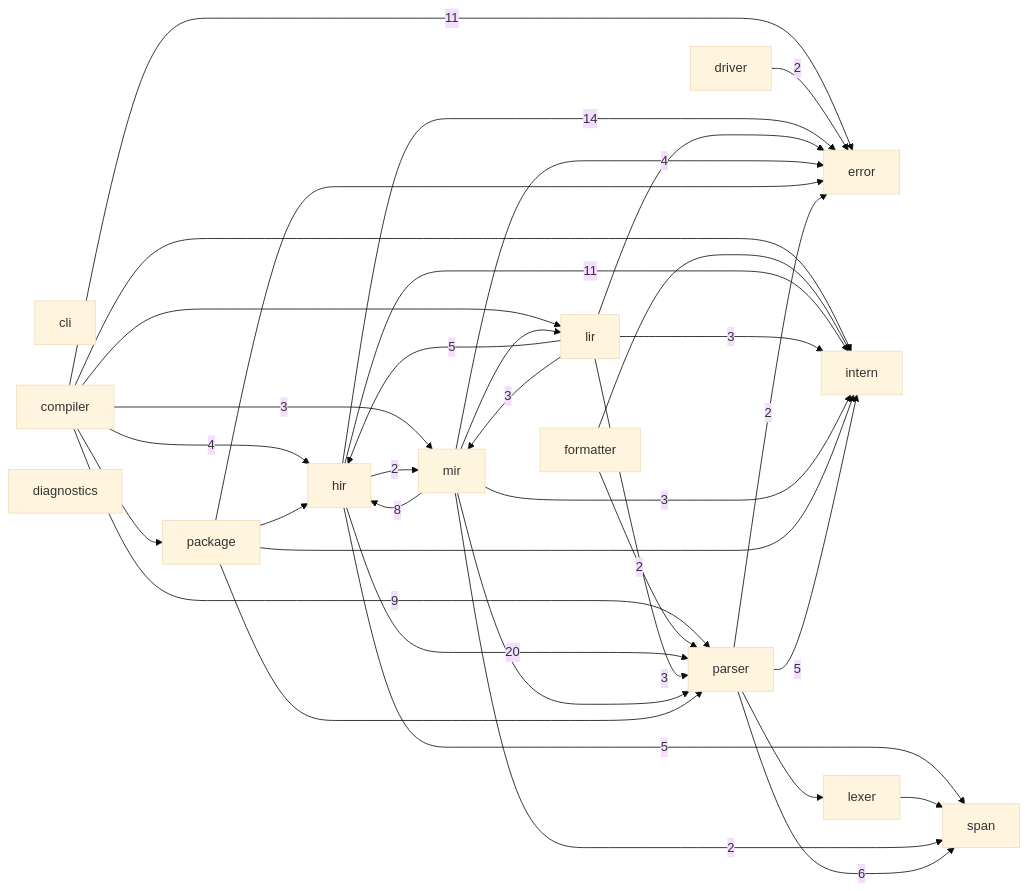
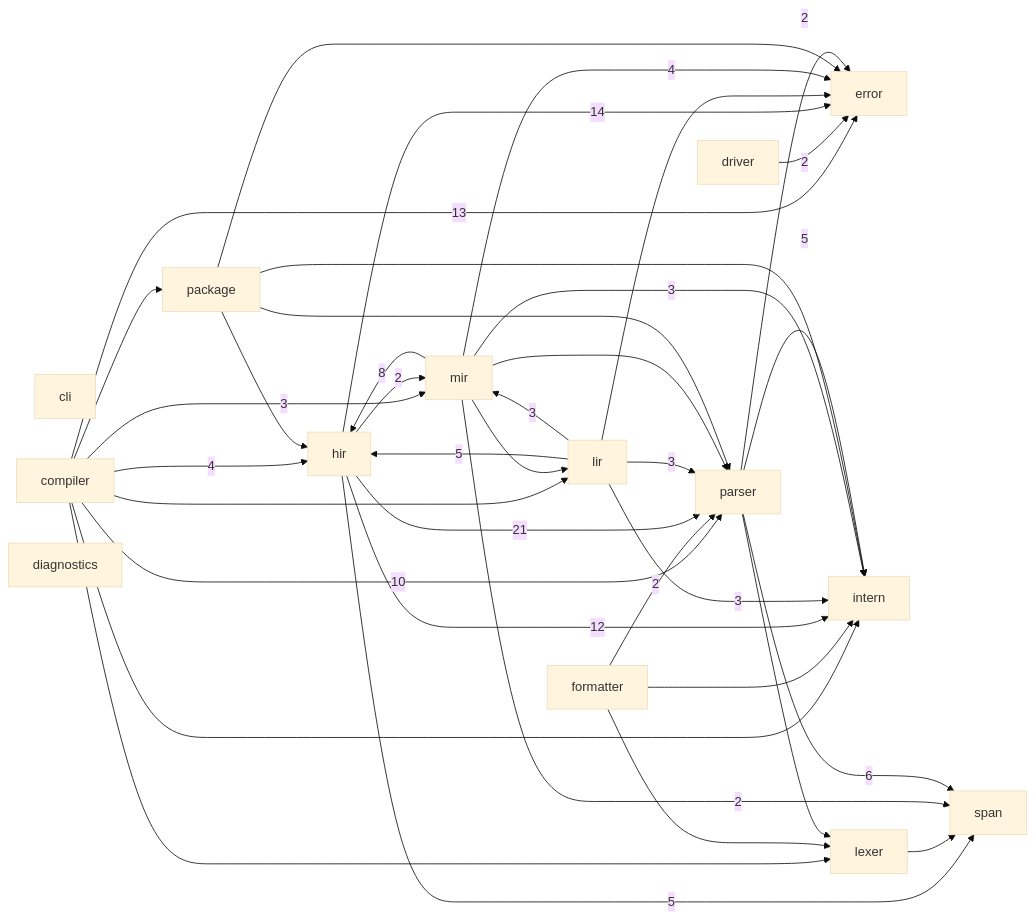
One commit to ayanami1ei/Ayanami-language changed the diagram in docs/module-graph.md. Above: the diagram before and after it, drawn with Mermaid (base theme). The commit also changed other lines of this file and 8 other files, not shown here.

````diff
--- a/docs/module-graph.md
+++ b/docs/module-graph.md
@@ -6,52 +6,54 @@
 ```mermaid
 graph LR
     cli
     compiler
     diagnostics
     driver
     error
     formatter
     hir
     intern
     lexer
     lir
     mir
     package
     parser
     span
-    compiler -->|11| error
+    compiler -->|13| error
     compiler -->|4| hir
     compiler --> intern
+    compiler --> lexer
     compiler --> lir
     compiler -->|3| mir
     compiler --> package
-    compiler -->|9| parser
+    compiler -->|10| parser
     driver -->|2| error
     formatter --> intern
+    formatter --> lexer
     formatter -->|2| parser
     hir -->|14| error
-    hir -->|11| intern
+    hir -->|12| intern
     hir -->|2| mir
-    hir -->|20| parser
+    hir -->|21| parser
     hir -->|5| span
     lexer --> span
     lir --> error
     lir -->|5| hir
     lir -->|3| intern
     lir -->|3| mir
     lir -->|3| parser
     mir -->|4| error
     mir -->|8| hir
     mir -->|3| intern
     mir --> lir
     mir --> parser
     mir -->|2| span
     package --> error
     package --> hir
     package --> intern
     package --> parser
     parser -->|2| error
     parser -->|5| intern
     parser --> lexer
     parser -->|6| span
 ```
````
